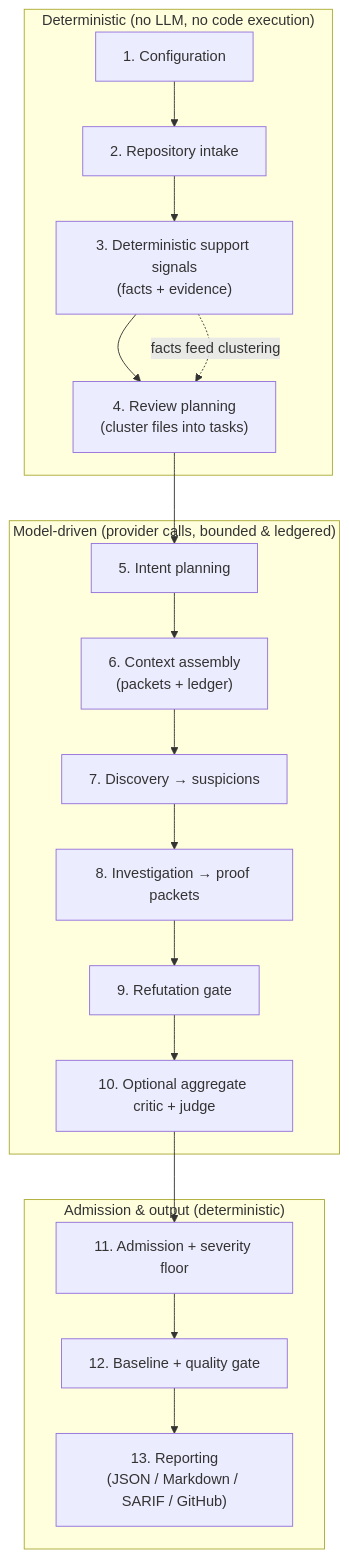
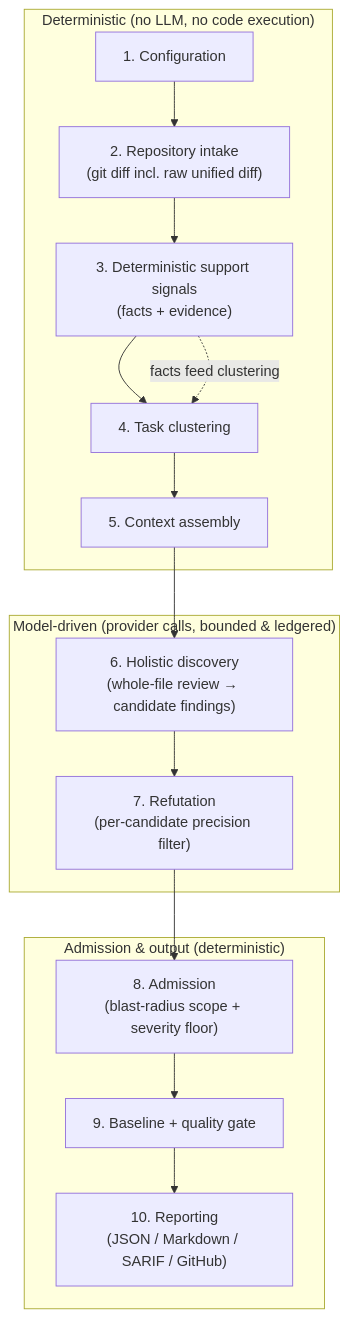
One commit to sebastianwessel/codereviewer changed the diagram in docs/concepts/architecture.md. Above: the diagram before and after it, drawn with Mermaid. The commit also changed other lines of this file and 26 other files, not shown here.

````diff
--- a/docs/concepts/architecture.md
+++ b/docs/concepts/architecture.md
@@ -19,27 +20,24 @@
 ```mermaid
 flowchart TD
   subgraph deterministic["Deterministic (no LLM, no code execution)"]
     Config["1. Configuration"]
-    Intake["2. Repository intake"]
+    Intake["2. Repository intake<br/>(git diff incl. raw unified diff)"]
     Signals["3. Deterministic support signals<br/>(facts + evidence)"]
-    Planner["4. Review planning<br/>(cluster files into tasks)"]
+    Planner["4. Task clustering"]
+    Context["5. Context assembly"]
   end
   subgraph model["Model-driven (provider calls, bounded & ledgered)"]
-    Intent["5. Intent planning"]
-    Context["6. Context assembly<br/>(packets + ledger)"]
-    Discovery["7. Discovery → suspicions"]
-    Investigate["8. Investigation → proof packets"]
-    Refute["9. Refutation gate"]
-    Critics["10. Optional aggregate critic + judge"]
+    Discovery["6. Holistic discovery<br/>(whole-file review → candidate findings)"]
+    Refute["7. Refutation<br/>(per-candidate precision filter)"]
   end
   subgraph gate["Admission & output (deterministic)"]
-    Admission["11. Admission + severity floor"]
-    Baseline["12. Baseline + quality gate"]
-    Report["13. Reporting<br/>(JSON / Markdown / SARIF / GitHub)"]
+    Admission["8. Admission<br/>(blast-radius scope + severity floor)"]
+    Baseline["9. Baseline + quality gate"]
+    Report["10. Reporting<br/>(JSON / Markdown / SARIF / GitHub)"]
   end
 
-  Config --> Intake --> Signals --> Planner --> Intent --> Context
-  Context --> Discovery --> Investigate --> Refute --> Critics --> Admission
+  Config --> Intake --> Signals --> Planner --> Context
+  Context --> Discovery --> Refute --> Admission
   Admission --> Baseline --> Report
   Signals -. "facts feed clustering" .-> Planner
 ```
````
